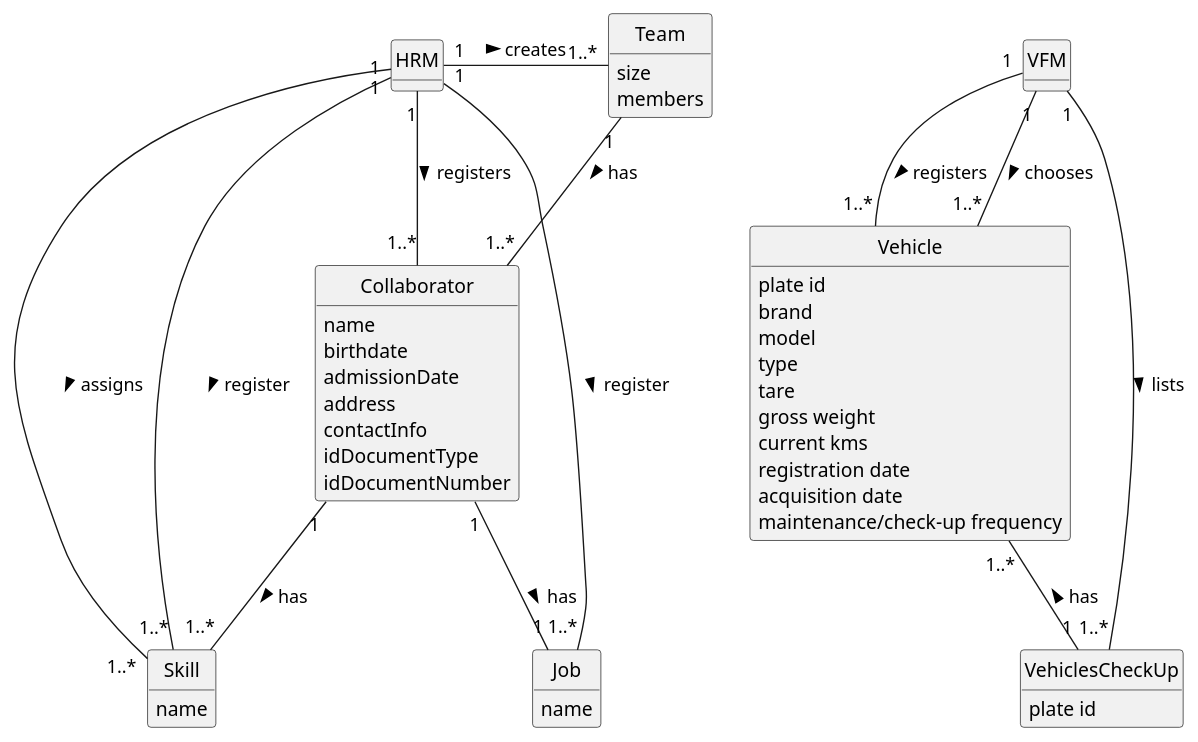
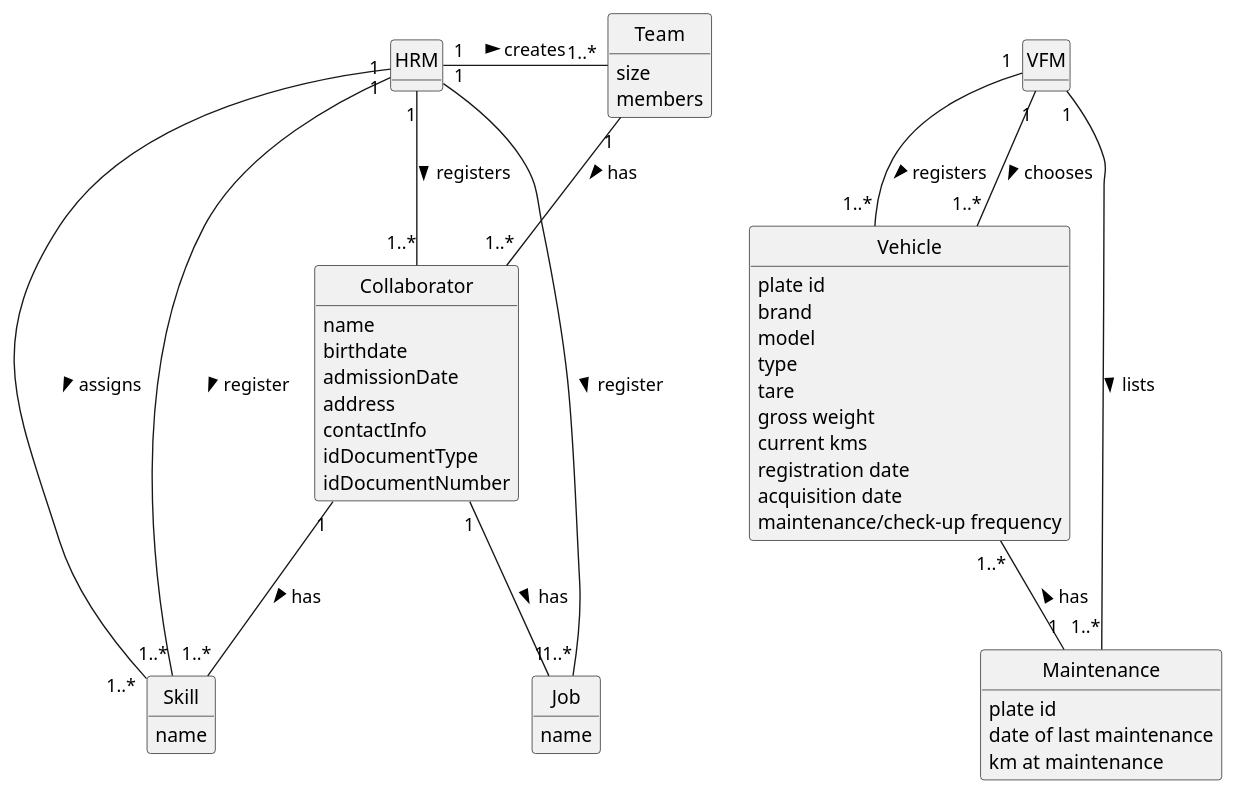
Before and after one commit to diogoveirospro/lei-24-s2-1dg-g072: the diagram in docs/sprintC/global-artifacts/02.analysis/puml/project-domain-model.puml, drawn with PlantUML. The commit also changed 2 other files, not shown here.

```diff
--- a/docs/sprintC/global-artifacts/02.analysis/puml/project-domain-model.puml
+++ b/docs/sprintC/global-artifacts/02.analysis/puml/project-domain-model.puml
@@ -1,94 +1,96 @@
 @startuml
 skinparam monochrome true
 skinparam packageStyle rectangle
 skinparam shadowing false
 'skinparam linetype ortho
 'left to right direction
 skinparam classAttributeIconSize 0
 hide circle
 hide methods
 
 
 class HRM {
 
 }
 
 class Skill {
     name
 }
 class Job {
     name
 }
 
 
 class Team {
     size
     members
 
 }
 
 class Collaborator {
     name
     birthdate
     admissionDate
     address
     contactInfo
     idDocumentType
     idDocumentNumber
 }
 
 
 
 class Vehicle{
     plate id
     brand
     model
     type
     tare
     gross weight
     current kms
     registration date
     acquisition date
     maintenance/check-up frequency
 }
 
 class VFM {
 
 }
 
-class VehiclesCheckUp {
+class Maintenance {
     plate id
+    date of last maintenance
+    km at maintenance
 }
 
 
 'US001
 HRM "1" -- "1..*" Skill: register >
 
 'US002
 HRM "1" - "1..*" Job : register >
 
 'US003
 HRM "1" - "1..*" Collaborator : registers >
 
 'US004
 HRM "1" - "1..*" Skill : assigns >
 Collaborator "1" -- "1..*" Skill : has >
 
 'US005
 HRM "1" - "1..*" Team : creates >
 Collaborator "1" -- "1" Job: has >
 Team "1" -- "1..*" Collaborator: has >
 
 
 'US006
 VFM "1" -- "1..*" Vehicle: registers >
 
 'US007
 VFM "1"-- "1..*" Vehicle: chooses >
 
 'US008
-VFM "1" -- "1..*" VehiclesCheckUp: lists >
-Vehicle "1..*" -- "1" VehiclesCheckUp: has <
+VFM "1" -- "1..*" Maintenance: lists >
+Vehicle "1..*" -- "1" Maintenance: has <
 
 
 @enduml
```
